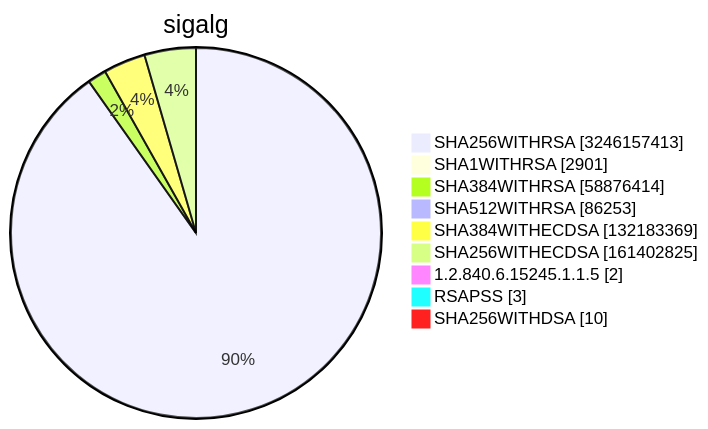
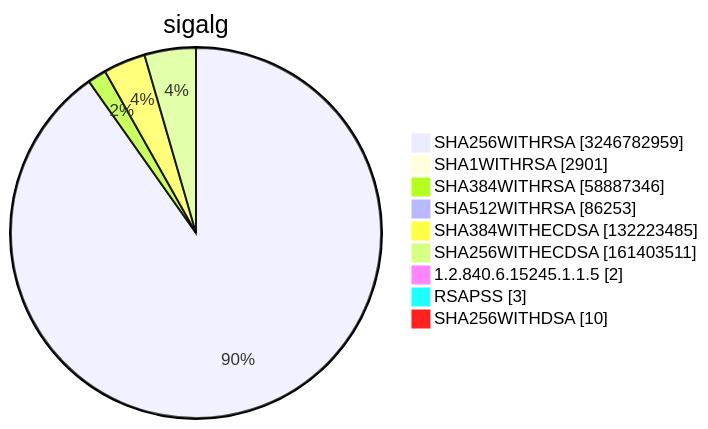
One commit to christiankrug/ctmonitor_visualization changed diagram 15 of 15 in TOTAL/README.md. Above: the diagram before and after it, drawn with Mermaid. The commit also changed other lines of this file, not shown here.

````diff
--- a/TOTAL/README.md
+++ b/TOTAL/README.md
@@ -6218,13 +6218,13 @@
 ```mermaid
 pie showData
 title sigalg
-"SHA256WITHRSA" :3246157413
+"SHA256WITHRSA" :3246782959
 "SHA1WITHRSA" :2901
-"SHA384WITHRSA" :58876414
+"SHA384WITHRSA" :58887346
 "SHA512WITHRSA" :86253
-"SHA384WITHECDSA" :132183369
-"SHA256WITHECDSA" :161402825
+"SHA384WITHECDSA" :132223485
+"SHA256WITHECDSA" :161403511
 "1.2.840.6.15245.1.1.5" :2
 "RSAPSS" :3
 "SHA256WITHDSA" :10
 ```
````
